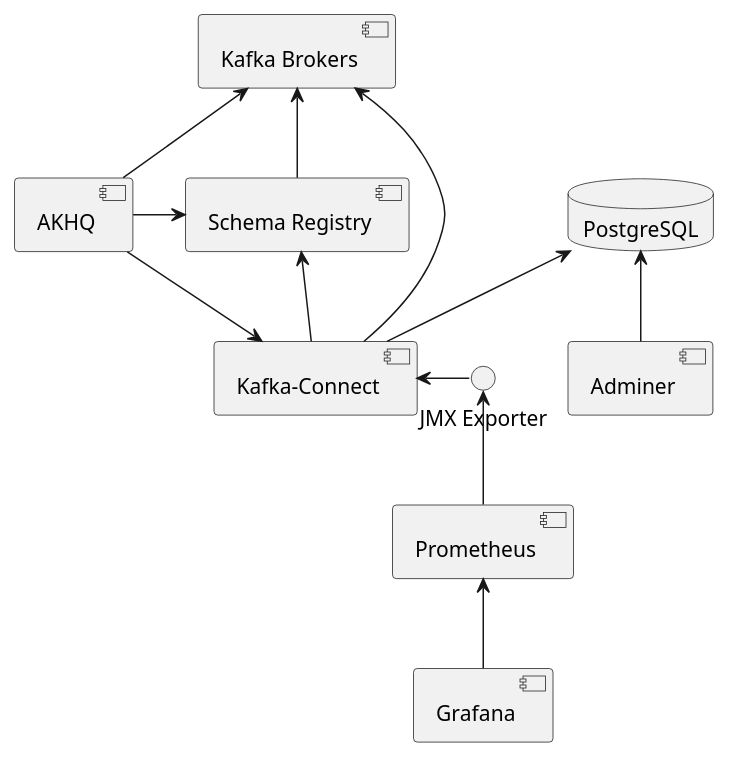
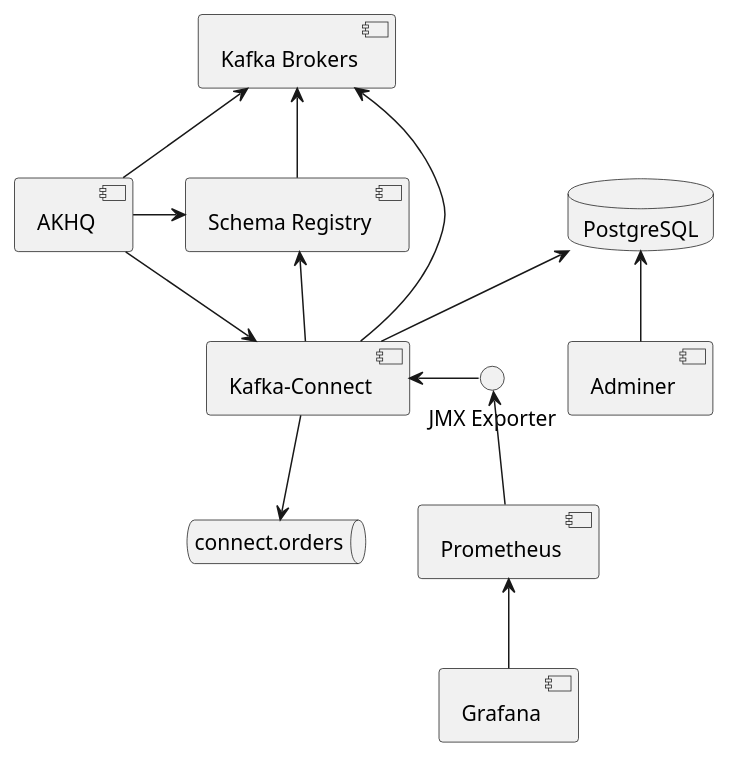
The diagram in images/diagram.puml (timtebeek/production-ready-kafka-connect), drawn with PlantUML before and after one commit. The commit also changed 2 other files, not shown here.

Commit message:
Update diagram to show topic

```diff
--- a/images/diagram.puml
+++ b/images/diagram.puml
@@ -1,30 +1,34 @@
 @startuml
 component kafka_brokers as "Kafka Brokers"
 component schema_registry as "Schema Registry"
 component akhq as "AKHQ"
 
 interface jmx_exporter as "JMX Exporter"
 component kafka_connect as "Kafka-Connect"
 jmx_exporter -> kafka_connect
 
 database postgresql as "PostgreSQL"
 component adminer as "Adminer"
 
 component prometheus as "Prometheus"
 component grafana as "Grafana"
 
+queue connect.orders
+
 kafka_brokers <-- schema_registry
 
 postgresql <-- adminer
 
 kafka_brokers <-- kafka_connect
 schema_registry <-- kafka_connect
 postgresql <-- kafka_connect
 
 akhq -up-> kafka_brokers
 akhq -> schema_registry
 akhq --> kafka_connect
 
+kafka_connect --> connect.orders
+
 jmx_exporter <-- prometheus
 prometheus <-- grafana
 @enduml
```
